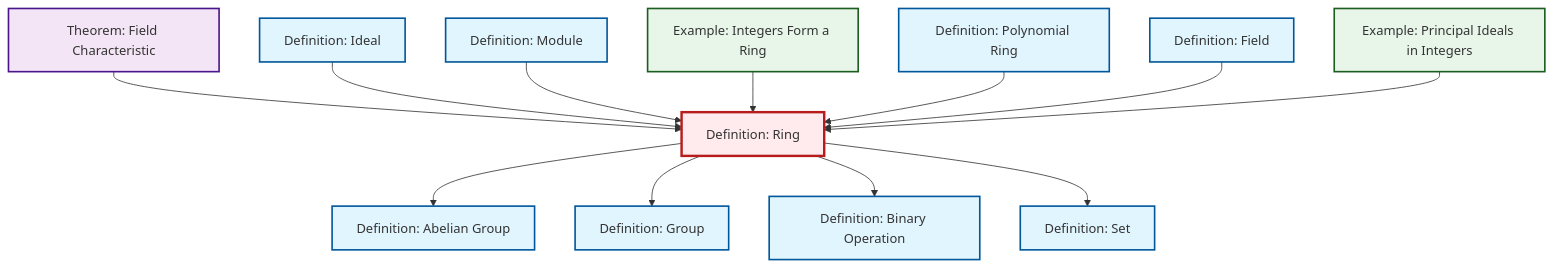
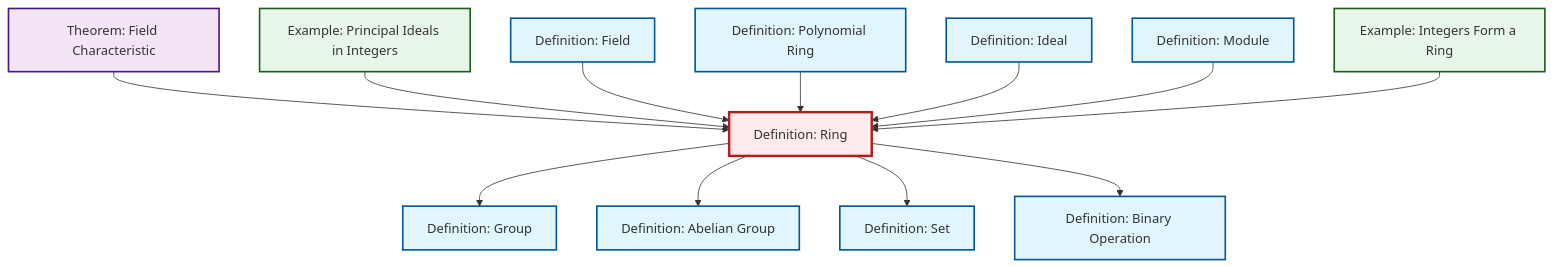
The diagram in content/ja/algebra/def-ring.qmd (RK0429/ModernMath), drawn with Mermaid before and after one commit. The commit also changed other lines of this file and 497 other files, not shown here.

````diff
--- a/content/ja/algebra/def-ring.qmd
+++ b/content/ja/algebra/def-ring.qmd
@@ -62,44 +62,44 @@
 ```{mermaid}
 %%| fig-cap: "Local dependency graph"
 graph TD
     classDef definition fill:#e1f5fe,stroke:#01579b,stroke-width:2px
     classDef theorem fill:#f3e5f5,stroke:#4a148c,stroke-width:2px
     classDef axiom fill:#fff3e0,stroke:#e65100,stroke-width:2px
     classDef example fill:#e8f5e9,stroke:#1b5e20,stroke-width:2px
     classDef current fill:#ffebee,stroke:#b71c1c,stroke-width:3px
-    thm-field-characteristic["Theorem: Field Characteristic"]:::theorem
-    def-abelian-group["Definition: Abelian Group"]:::definition
-    def-ideal["Definition: Ideal"]:::definition
     def-field["Definition: Field"]:::definition
     def-module["Definition: Module"]:::definition
     def-set["Definition: Set"]:::definition
+    ex-principal-ideal["Example: Principal Ideals in Integers"]:::example
+    def-ideal["Definition: Ideal"]:::definition
+    def-binary-operation["Definition: Binary Operation"]:::definition
+    def-ring["Definition: Ring"]:::definition
+    def-group["Definition: Group"]:::definition
+    def-abelian-group["Definition: Abelian Group"]:::definition
     def-polynomial-ring["Definition: Polynomial Ring"]:::definition
-    def-group["Definition: Group"]:::definition
-    def-ring["Definition: Ring"]:::definition
-    def-binary-operation["Definition: Binary Operation"]:::definition
-    ex-principal-ideal["Example: Principal Ideals in Integers"]:::example
+    thm-field-characteristic["Theorem: Field Characteristic"]:::theorem
     ex-integers-ring["Example: Integers Form a Ring"]:::example
+    thm-field-characteristic --> def-ring
+    ex-principal-ideal --> def-ring
+    def-field --> def-ring
+    def-ring --> def-group
     def-ring --> def-abelian-group
-    thm-field-characteristic --> def-ring
-    def-ideal --> def-ring
-    def-module --> def-ring
-    def-ring --> def-group
-    def-ring --> def-binary-operation
-    ex-integers-ring --> def-ring
     def-polynomial-ring --> def-ring
     def-ring --> def-set
-    def-field --> def-ring
-    ex-principal-ideal --> def-ring
+    def-ideal --> def-ring
+    def-ring --> def-binary-operation
+    def-module --> def-ring
+    ex-integers-ring --> def-ring
     class def-ring current
-    click thm-field-characteristic "thm-field-characteristic.html" "Theorem: Field Characteristicへ"
-    click def-abelian-group "def-abelian-group.html" "Definition: Abelian Groupへ"
-    click def-ideal "def-ideal.html" "Definition: Idealへ"
     click def-field "def-field.html" "Definition: Fieldへ"
     click def-module "def-module.html" "Definition: Moduleへ"
     click def-set "def-set.html" "Definition: Setへ"
+    click ex-principal-ideal "ex-principal-ideal.html" "Example: Principal Ideals in Integersへ"
+    click def-ideal "def-ideal.html" "Definition: Idealへ"
+    click def-binary-operation "def-binary-operation.html" "Definition: Binary Operationへ"
+    click def-group "def-group.html" "Definition: Groupへ"
+    click def-abelian-group "def-abelian-group.html" "Definition: Abelian Groupへ"
     click def-polynomial-ring "def-polynomial-ring.html" "Definition: Polynomial Ringへ"
-    click def-group "def-group.html" "Definition: Groupへ"
-    click def-binary-operation "def-binary-operation.html" "Definition: Binary Operationへ"
-    click ex-principal-ideal "ex-principal-ideal.html" "Example: Principal Ideals in Integersへ"
+    click thm-field-characteristic "thm-field-characteristic.html" "Theorem: Field Characteristicへ"
     click ex-integers-ring "ex-integers-ring.html" "Example: Integers Form a Ringへ"
 ```
````
